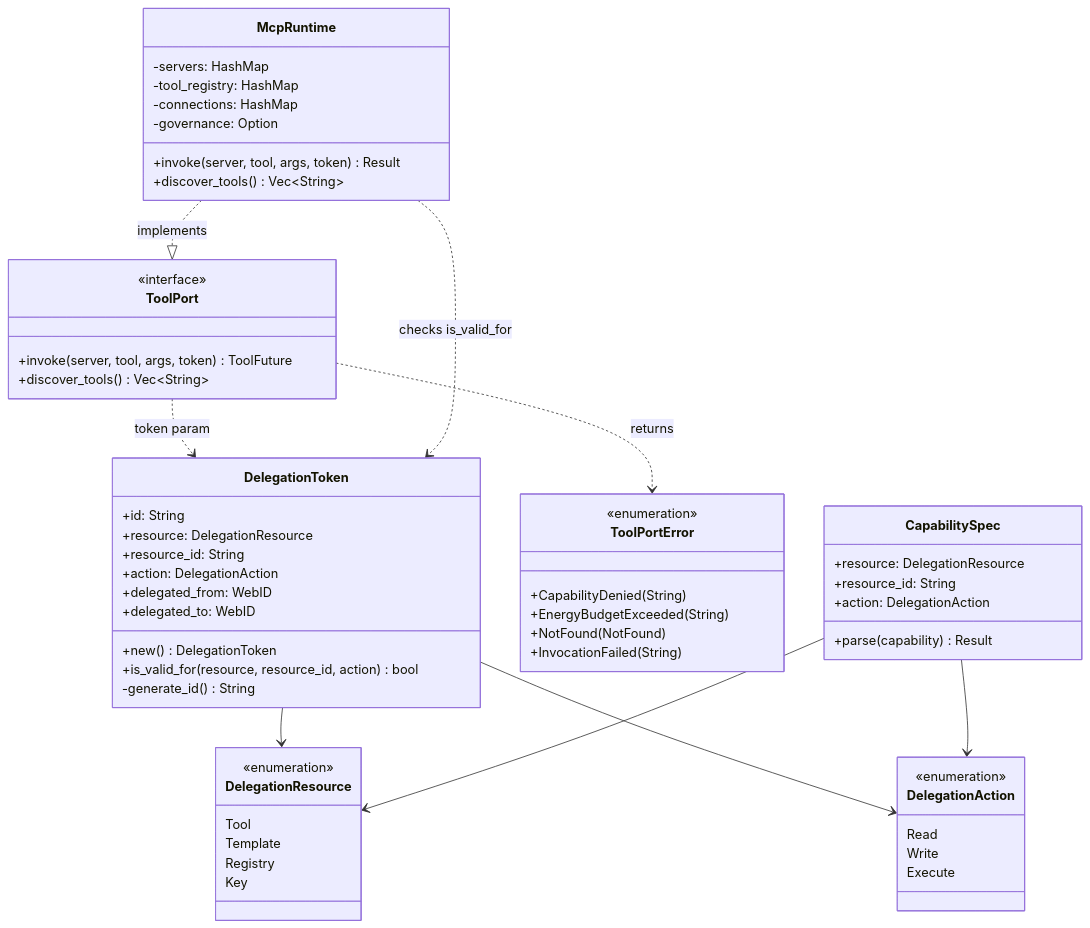
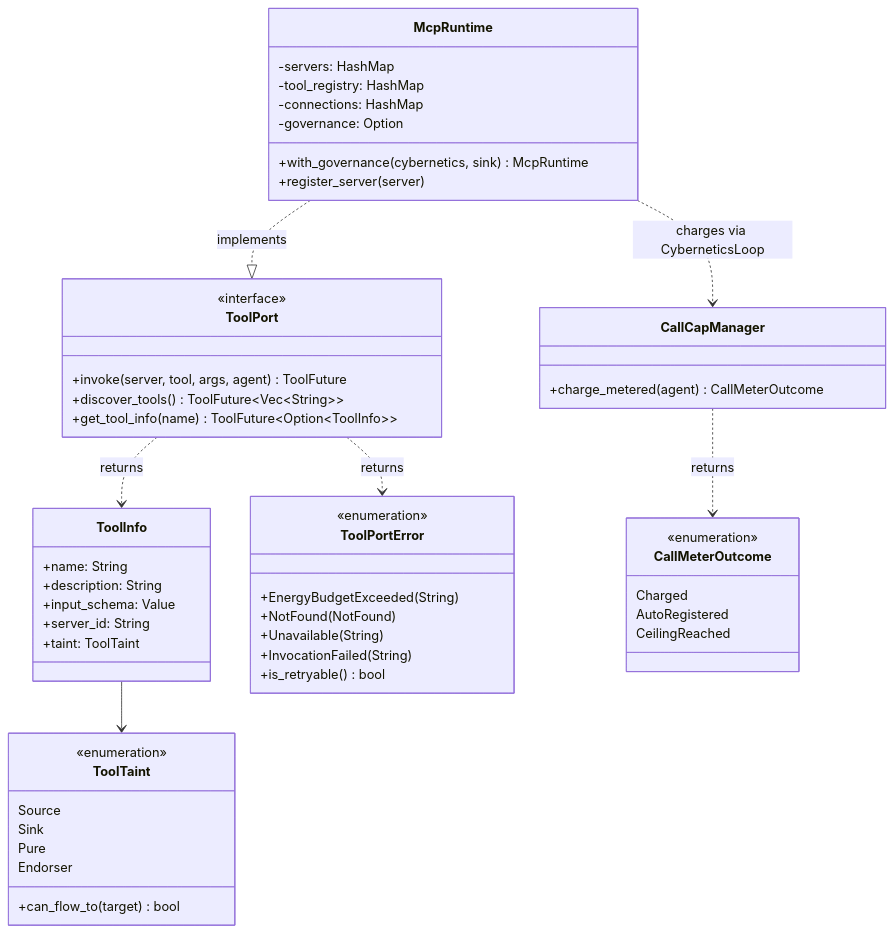
The diagram in kask/docs/diagrams/class-hkask-capability.md (mdz-axo/zed-kask), drawn with Mermaid before and after one commit. The commit also changed other lines of this file and 19 other files, not shown here.

First line of the commit message:
Recover panels from MCP server restarts

````diff
--- a/kask/docs/diagrams/class-hkask-capability.md
+++ b/kask/docs/diagrams/class-hkask-capability.md
@@ -15,68 +18,62 @@
 ```mermaid
 classDiagram
-    class DelegationToken {
-        +id: String
-        +resource: DelegationResource
-        +resource_id: String
-        +action: DelegationAction
-        +delegated_from: WebID
-        +delegated_to: WebID
-        +new() DelegationToken
-        +is_valid_for(resource, resource_id, action) bool
-        -generate_id() String
+    class ToolPort {
+        <<interface>>
+        +invoke(server, tool, args, agent) ToolFuture
+        +discover_tools() ToolFuture~Vec~String~~
+        +get_tool_info(name) ToolFuture~Option~ToolInfo~~
     }
 
-    class ToolPort {
-        <<interface>>
-        +invoke(server, tool, args, token) ToolFuture
-        +discover_tools() Vec~String~
+    class ToolInfo {
+        +name: String
+        +description: String
+        +input_schema: Value
+        +server_id: String
+        +taint: ToolTaint
     }
 
     class ToolPortError {
         <<enumeration>>
-        +CapabilityDenied(String)
         +EnergyBudgetExceeded(String)
         +NotFound(NotFound)
+        +Unavailable(String)
         +InvocationFailed(String)
+        +is_retryable() bool
     }
 
-    class DelegationResource {
+    class ToolTaint {
         <<enumeration>>
-        Tool
-        Template
-        Registry
-        Key
-    }
-
-    class DelegationAction {
-        <<enumeration>>
-        Read
-        Write
-        Execute
-    }
-
-    class CapabilitySpec {
-        +resource: DelegationResource
-        +resource_id: String
-        +action: DelegationAction
-        +parse(capability) Result
+        Source
+        Sink
+        Pure
+        Endorser
+        +can_flow_to(target) bool
     }
 
     class McpRuntime {
         -servers: HashMap
         -tool_registry: HashMap
         -connections: HashMap
         -governance: Option
-        +invoke(server, tool, args, token) Result
-        +discover_tools() Vec~String~
+        +with_governance(cybernetics, sink) McpRuntime
+        +register_server(server)
     }
 
-    DelegationToken --> DelegationResource
-    DelegationToken --> DelegationAction
-    CapabilitySpec --> DelegationResource
-    CapabilitySpec --> DelegationAction
-    ToolPort ..> DelegationToken : token param
+    class CallCapManager {
+        +charge_metered(agent) CallMeterOutcome
+    }
+
+    class CallMeterOutcome {
+        <<enumeration>>
+        Charged
+        AutoRegistered
+        CeilingReached
+    }
+
+    ToolPort ..> ToolInfo : returns
     ToolPort ..> ToolPortError : returns
+    ToolInfo --> ToolTaint
     McpRuntime ..|> ToolPort : implements
-    McpRuntime ..> DelegationToken : checks is_valid_for
+    McpRuntime ..> CallCapManager : charges via CyberneticsLoop
+    CallCapManager ..> CallMeterOutcome : returns
 ```
````
